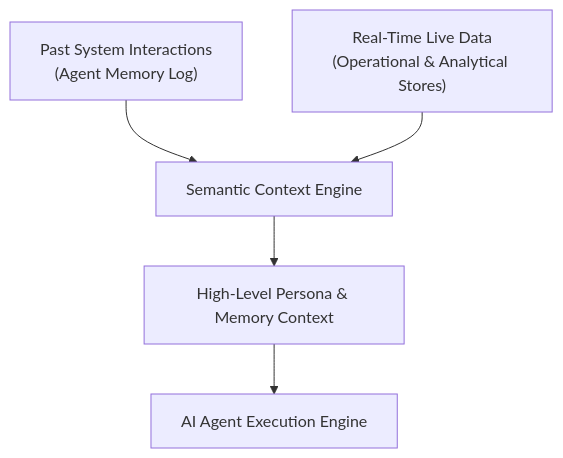
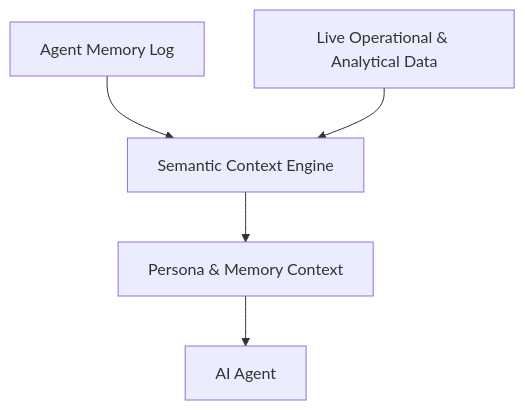
The sixth of 6 diagrams in content/tech-blog/en/building-an-effective-context-layer-part-3.md (ohadleshno/ohad-leshno-blog), drawn with Mermaid before and after one commit. The commit also changed other lines of this file and 7 other files, not shown here.

````diff
--- a/content/tech-blog/en/building-an-effective-context-layer-part-3.md
+++ b/content/tech-blog/en/building-an-effective-context-layer-part-3.md
@@ -184,7 +206,7 @@
 ```mermaid
 flowchart TD
-    PastInteractions["Past System Interactions<br/>(Agent Memory Log)"] --> SemanticEngine["Semantic Context Engine"]
-    LiveData["Real-Time Live Data<br/>(Operational & Analytical Stores)"] --> SemanticEngine
-    SemanticEngine --> HighLevelContext["High-Level Persona & Memory Context"]
-    HighLevelContext --> Agent["AI Agent Execution Engine"]
+    PastInteractions["Agent Memory Log"] --> SemanticEngine["Semantic Context Engine"]
+    LiveData["Live Operational & Analytical Data"] --> SemanticEngine
+    SemanticEngine --> HighLevelContext["Persona & Memory Context"]
+    HighLevelContext --> Agent["AI Agent"]
 ```
````
